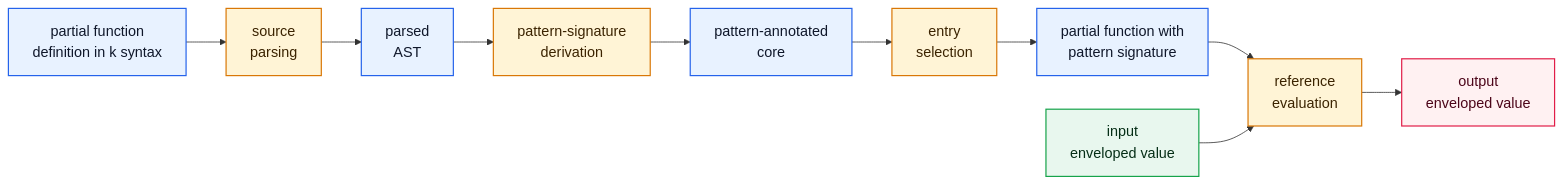
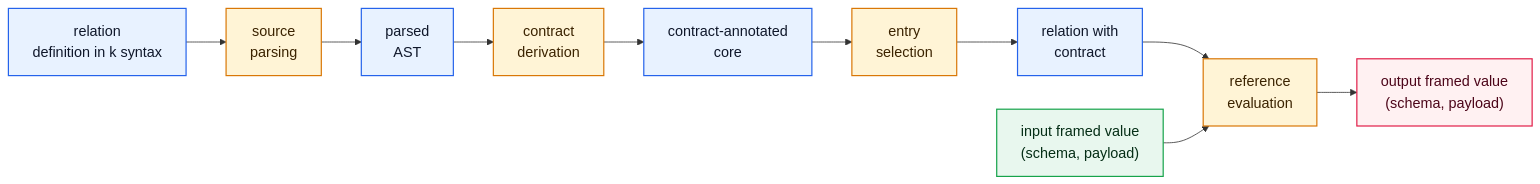
Before and after one commit to fraczak/k: the second of 4 diagrams in DOCS/DICTIONARY.md, drawn with Mermaid. The commit also changed other lines of this file and 8 other files, not shown here.

Commit message:
Update documentation narrative to Schemas, Contracts, Filters, and Framed Payloads

````diff
--- a/DOCS/DICTIONARY.md
+++ b/DOCS/DICTIONARY.md
@@ -539,24 +532,24 @@
 ```mermaid
 %%{init: {"flowchart": {"htmlLabels": true, "nodeSpacing": 42, "rankSpacing": 50}, "themeVariables": {"fontSize": "18px"}} }%%
 flowchart LR
   classDef artifact fill:#e8f2ff,stroke:#2563eb,stroke-width:1.5px,color:#0f172a;
   classDef transform fill:#fff4d6,stroke:#d97706,stroke-width:1.5px,color:#3b2300;
   classDef value fill:#e8f7ee,stroke:#16a34a,stroke-width:1.5px,color:#052e16;
   classDef result fill:#fff1f2,stroke:#e11d48,stroke-width:1.5px,color:#4c0519;
 
-  Source["partial function<br/>definition in k syntax"]:::artifact
-  Input["input<br/>enveloped value"]:::value
+  Source["relation<br/>definition in k syntax"]:::artifact
+  Input["input framed value<br/>(schema, payload)"]:::value
   Parse["source<br/>parsing"]:::transform
   AST["parsed<br/>AST"]:::artifact
-  Annotate["pattern-signature<br/>derivation"]:::transform
-  Core["pattern-annotated<br/>core"]:::artifact
+  Annotate["contract<br/>derivation"]:::transform
+  Core["contract-annotated<br/>core"]:::artifact
   Select["entry<br/>selection"]:::transform
-  Transform["partial function with<br/>pattern signature"]:::artifact
+  Transform["relation with<br/>contract"]:::artifact
   Run["reference<br/>evaluation"]:::transform
-  Output["output<br/>enveloped value"]:::result
+  Output["output framed value<br/>(schema, payload)"]:::result
 
   Source --> Parse --> AST --> Annotate --> Core --> Select --> Transform
   Transform --> Run
   Input --> Run
   Run --> Output
 ```
````
